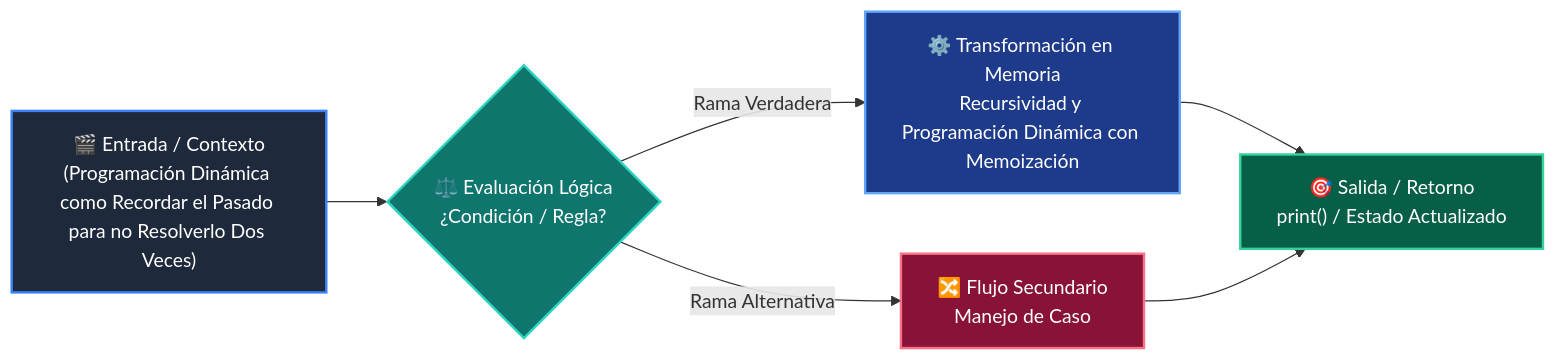
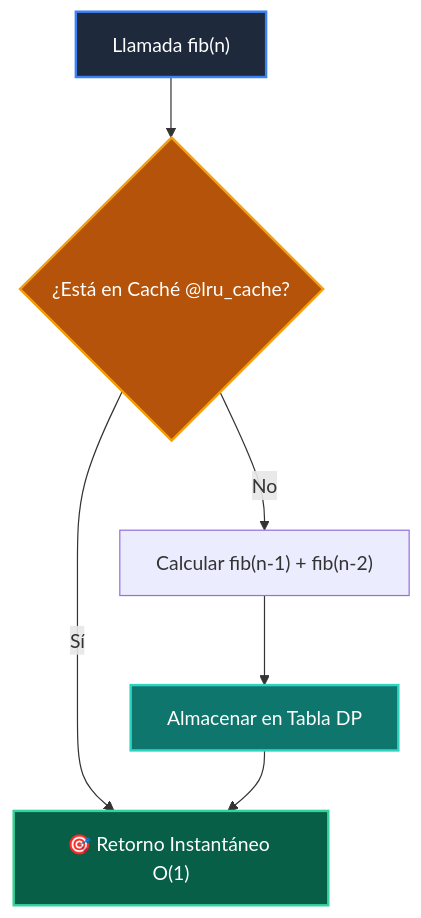
Before and after one commit to wisrovi/wisrovi-python: the diagram in 02-algoritmos-estructuras/clase-08-recursividad-y-programacion-dinamica/README.md, drawn with Mermaid. The commit also changed other lines of this file and 271 other files, not shown here.

Commit message:
docs: rewrite all README.md files with bespoke topic-specific Mermaid diagrams and remove repetitive boilerplate

````diff
--- a/02-algoritmos-estructuras/clase-08-recursividad-y-programacion-dinamica/README.md
+++ b/02-algoritmos-estructuras/clase-08-recursividad-y-programacion-dinamica/README.md
@@ -35,14 +12,13 @@
 ```mermaid
-flowchart LR
-    A["🎬 Entrada / Contexto<br/>(Programación Dinámica como Recordar el Pasado para no Resolverlo Dos Veces)"] --> B{"⚖️ Evaluación Lógica<br/>¿Condición / Regla?"}
-    B -->|Rama Verdadera| C["⚙️ Transformación en Memoria<br/>Recursividad y Programación Dinámica con Memoización"]
-    B -->|Rama Alternativa| D["🔀 Flujo Secundario<br/>Manejo de Caso"]
-    C --> E["🎯 Salida / Retorno<br/>print() / Estado Actualizado"]
-    D --> E
+flowchart TD
+    N["Llamada fib(n)"] --> CHK{"¿Está en Caché @lru_cache?"}
+    CHK -->|Sí| HIT["🎯 Retorno Instantáneo O(1)"]
+    CHK -->|No| CALC["Calcular fib(n-1) + fib(n-2)"]
+    CALC --> STORE["Almacenar en Tabla DP"]
+    STORE --> HIT
 
-    style A fill:#1e293b,color:#ffffff,stroke:#3b82f6,stroke-width:2px
-    style B fill:#0f766e,color:#ffffff,stroke:#2dd4bf,stroke-width:2px
-    style C fill:#1e3a8a,color:#ffffff,stroke:#60a5fa,stroke-width:2px
-    style D fill:#881337,color:#ffffff,stroke:#fb7185,stroke-width:2px
-    style E fill:#065f46,color:#ffffff,stroke:#34d399,stroke-width:2px
+    style N fill:#1e293b,color:#fff,stroke:#3b82f6,stroke-width:2px
+    style CHK fill:#b45309,color:#fff,stroke:#f59e0b,stroke-width:2px
+    style HIT fill:#065f46,color:#fff,stroke:#34d399,stroke-width:2px
+    style STORE fill:#0f766e,color:#fff,stroke:#2dd4bf,stroke-width:2px
 ```
````
